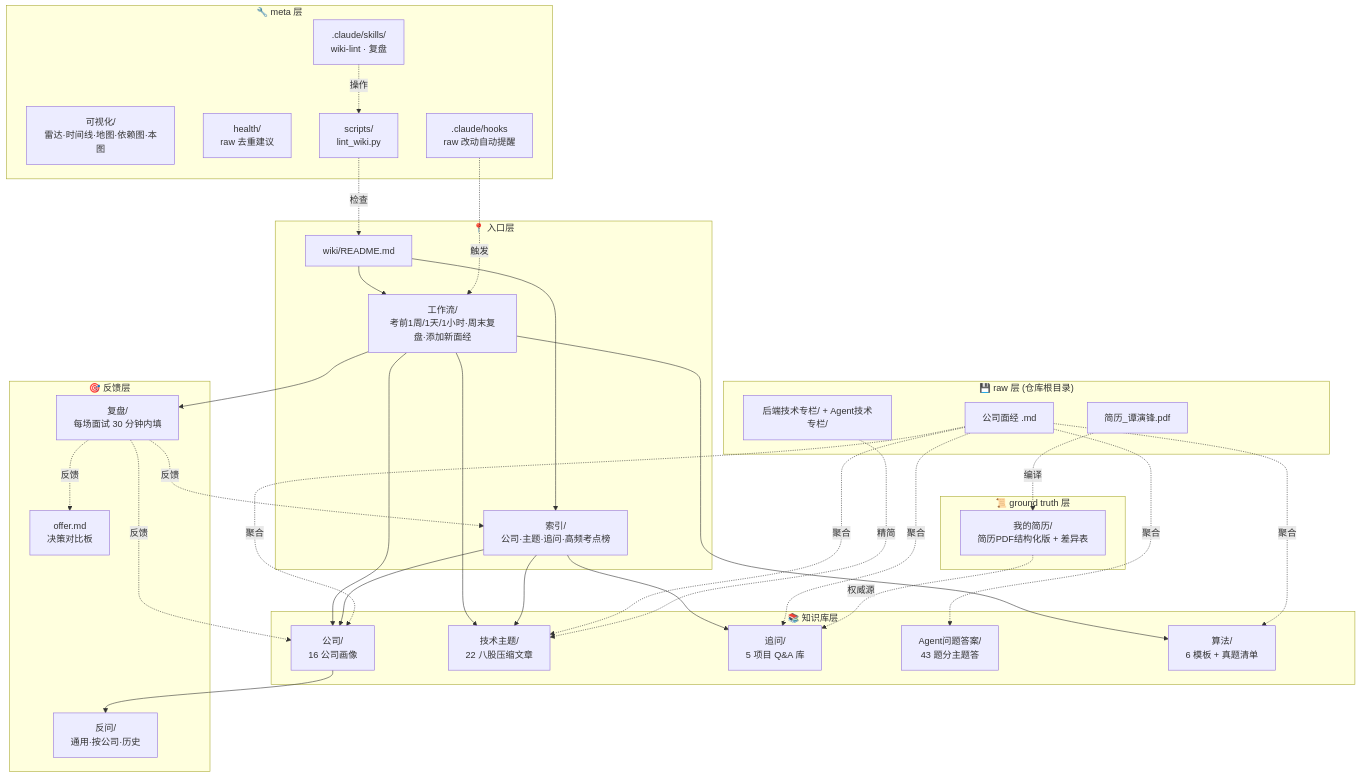
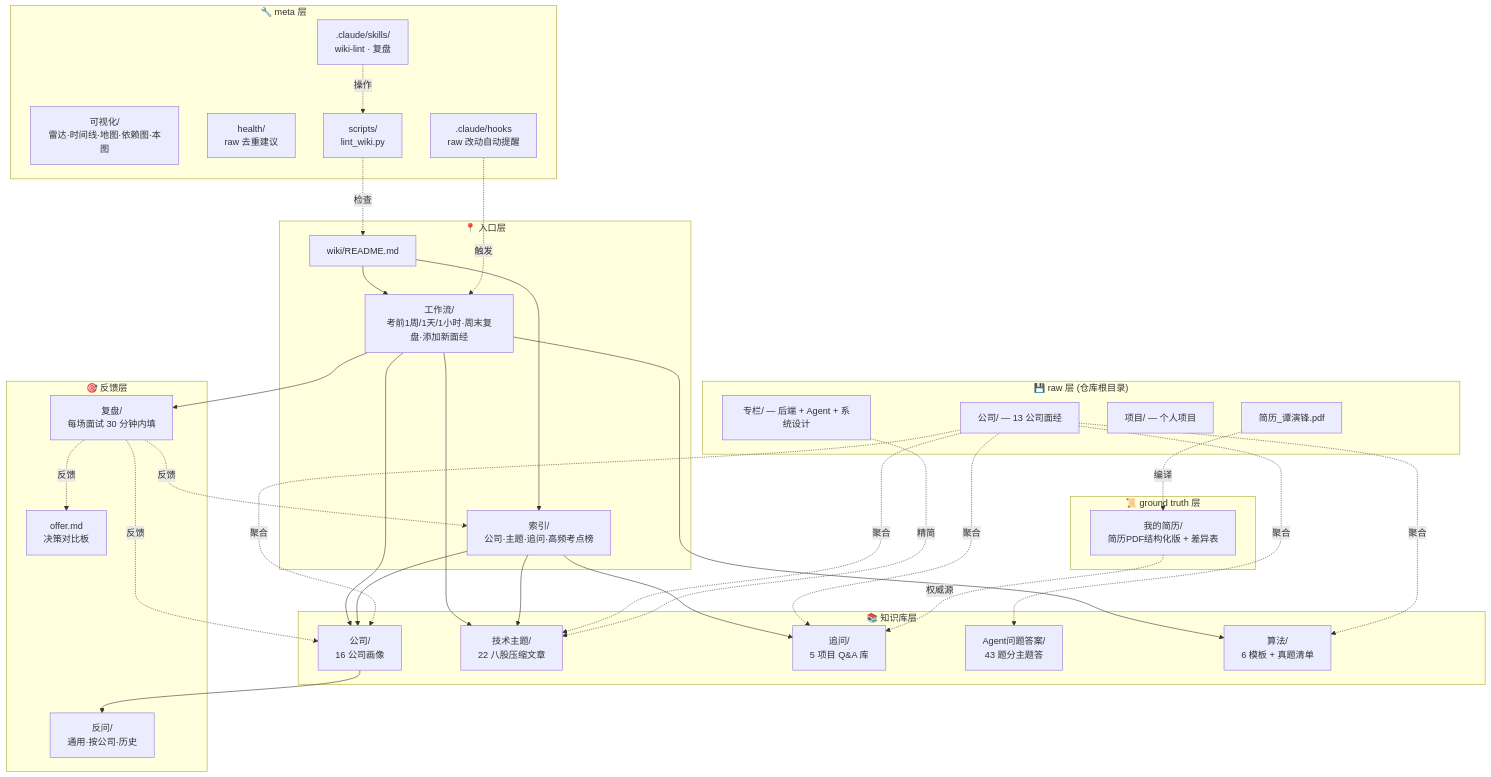
One commit to haandfeng/Mianjing changed the diagram in wiki/可视化/wiki鸟瞰图.md. Above: the diagram before and after it, drawn with Mermaid. The commit also changed 182 other files, not shown here.

````diff
--- a/wiki/可视化/wiki鸟瞰图.md
+++ b/wiki/可视化/wiki鸟瞰图.md
@@ -13,70 +13,71 @@
 ```mermaid
 flowchart TD
     subgraph L0["📍 入口层"]
         ROOT[wiki/README.md]
         IDX[索引/<br/>公司·主题·追问·高频考点榜]
         WORKFLOW[工作流/<br/>考前1周/1天/1小时·周末复盘·添加新面经]
     end
 
     subgraph L1["📜 ground truth 层"]
         RESUME[我的简历/<br/>简历PDF结构化版 + 差异表]
     end
 
     subgraph L2["📚 知识库层"]
         COMPANY[公司/<br/>16 公司画像]
         TOPIC[技术主题/<br/>22 八股压缩文章]
         FOLLOW[追问/<br/>5 项目 Q&A 库]
         AGENT[Agent问题答案/<br/>43 题分主题答]
         ALGO[算法/<br/>6 模板 + 真题清单]
     end
 
     subgraph L3["🎯 反馈层"]
         REVIEW[复盘/<br/>每场面试 30 分钟内填]
         ASK[反问/<br/>通用·按公司·历史]
         OFFER[offer.md<br/>决策对比板]
     end
 
     subgraph L4["🔧 meta 层"]
         VIS[可视化/<br/>雷达·时间线·地图·依赖图·本图]
         HEALTH[health/<br/>raw 去重建议]
         SCRIPTS[scripts/<br/>lint_wiki.py]
         HOOKS[".claude/hooks<br/>raw 改动自动提醒"]
         SKILL[".claude/skills/<br/>wiki-lint · 复盘"]
     end
 
     subgraph RAW["💾 raw 层 (仓库根目录)"]
-        FACE[公司面经 .md]
-        COL[后端技术专栏/ + Agent技术专栏/]
+        FACE[公司/ — 13 公司面经]
+        COL[专栏/ — 后端 + Agent + 系统设计]
+        PROJ[项目/ — 个人项目]
         PDF[简历_谭演锋.pdf]
     end
 
     ROOT --> IDX
     ROOT --> WORKFLOW
     WORKFLOW --> COMPANY
     WORKFLOW --> TOPIC
     WORKFLOW --> ALGO
     WORKFLOW --> REVIEW
 
     IDX --> COMPANY
     IDX --> TOPIC
     IDX --> FOLLOW
 
     PDF -.编译.-> RESUME
     FACE -.聚合.-> COMPANY
     FACE -.聚合.-> TOPIC
     COL -.精简.-> TOPIC
     FACE -.聚合.-> AGENT
     FACE -.聚合.-> FOLLOW
     FACE -.聚合.-> ALGO
 
     RESUME -.权威源.-> FOLLOW
 
     COMPANY --> ASK
     REVIEW -.反馈.-> COMPANY
     REVIEW -.反馈.-> IDX
     REVIEW -.反馈.-> OFFER
 
     HOOKS -.触发.-> WORKFLOW
     SCRIPTS -.检查.-> ROOT
     SKILL -.操作.-> SCRIPTS
 ```
````
